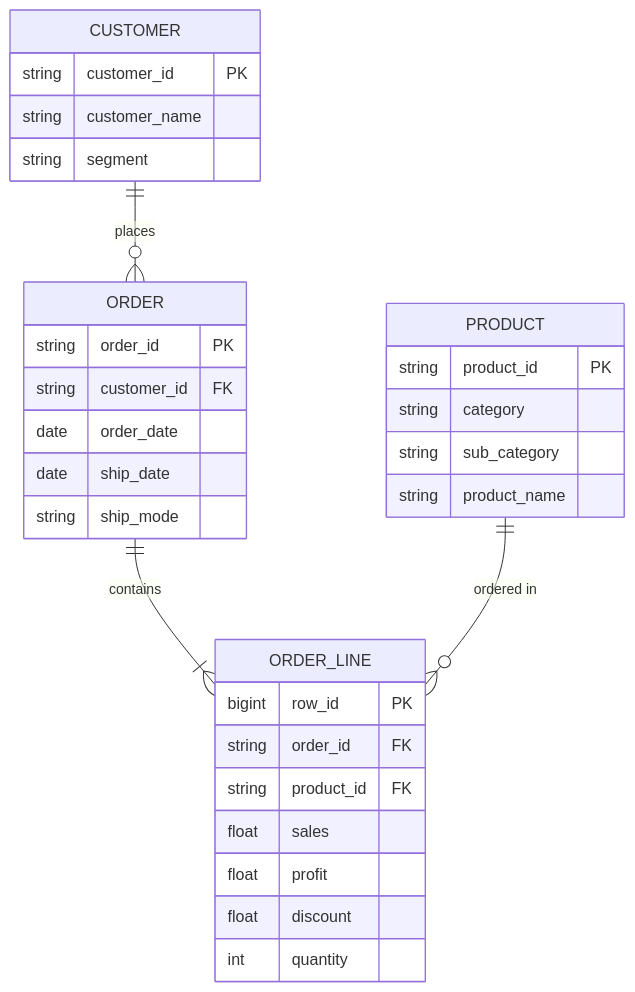
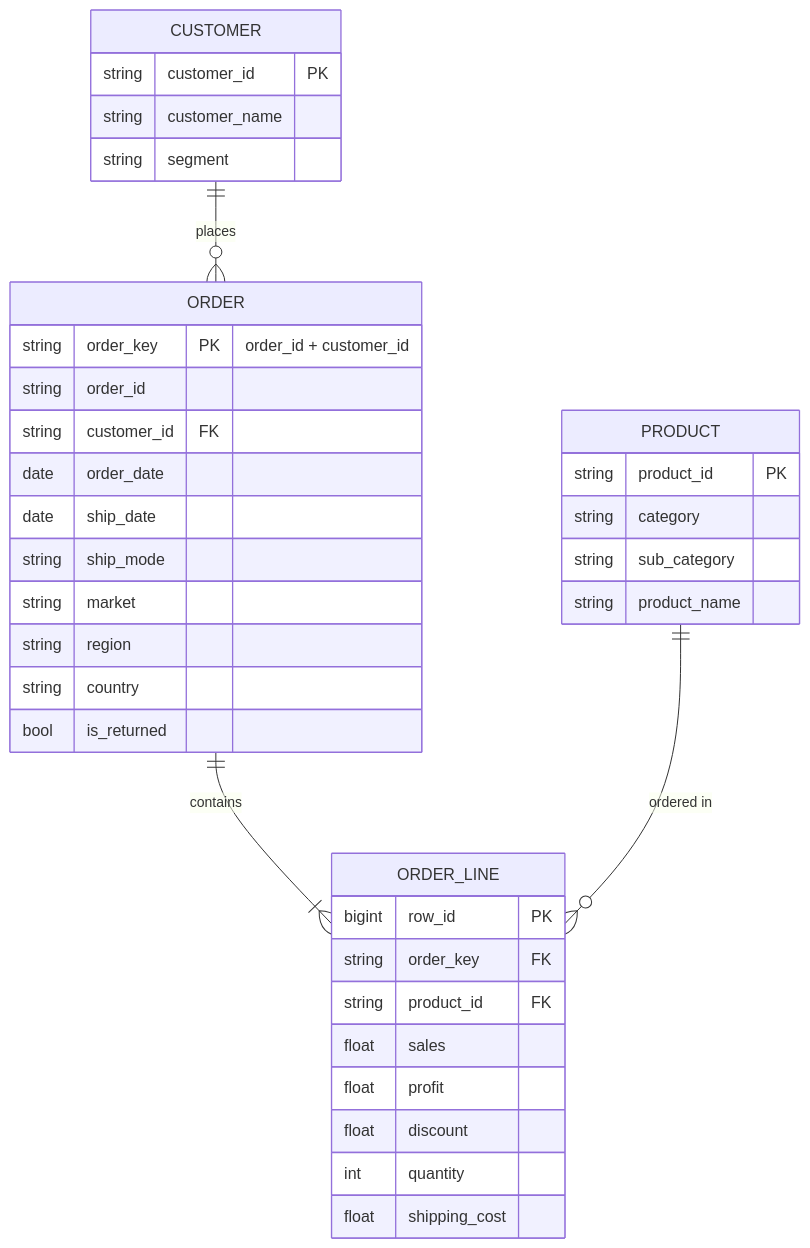
Before and after one commit to lllexalllepexa/testsomeshi: the diagram in docs/model.md, drawn with Mermaid. The commit also changed other lines of this file and 97 other files, not shown here.

````diff
--- a/docs/model.md
+++ b/docs/model.md
@@ -3,34 +5,40 @@
 ```mermaid
 erDiagram
     CUSTOMER ||--o{ ORDER : "places"
     ORDER ||--|{ ORDER_LINE : "contains"
     PRODUCT ||--o{ ORDER_LINE : "ordered in"
 
     CUSTOMER {
         string customer_id PK
         string customer_name
         string segment
     }
     ORDER {
-        string order_id PK
+        string order_key PK "order_id + customer_id"
+        string order_id
         string customer_id FK
         date order_date
         date ship_date
         string ship_mode
+        string market
+        string region
+        string country
+        bool is_returned
     }
     PRODUCT {
         string product_id PK
         string category
         string sub_category
         string product_name
     }
     ORDER_LINE {
         bigint row_id PK
-        string order_id FK
+        string order_key FK
         string product_id FK
         float sales
         float profit
         float discount
         int quantity
+        float shipping_cost
     }
 ```
````
